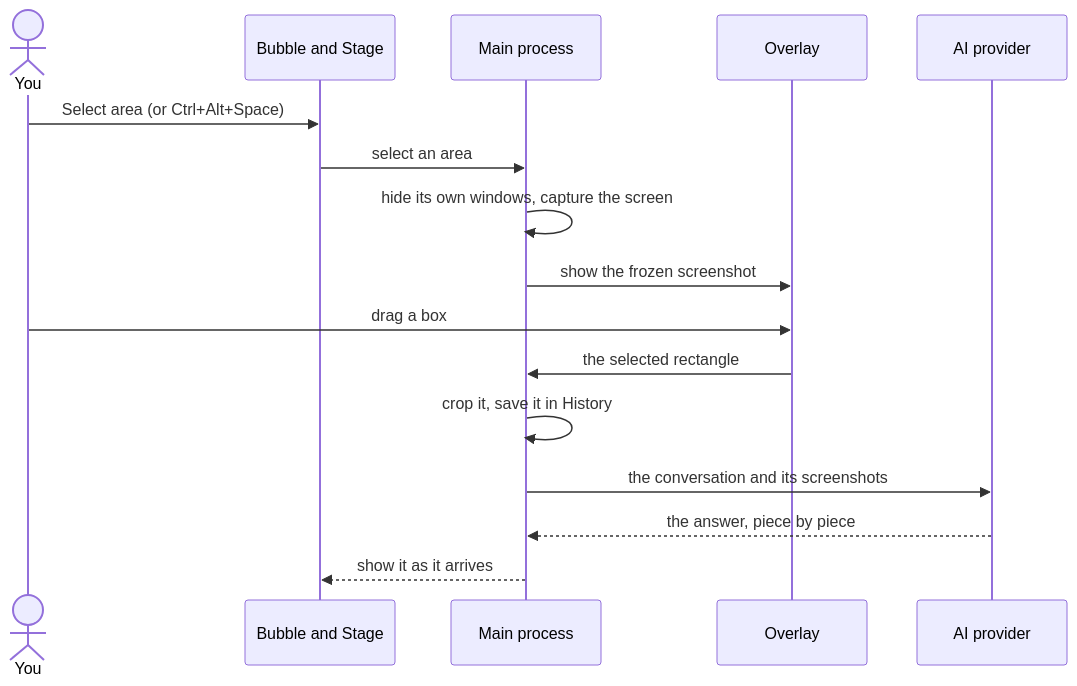
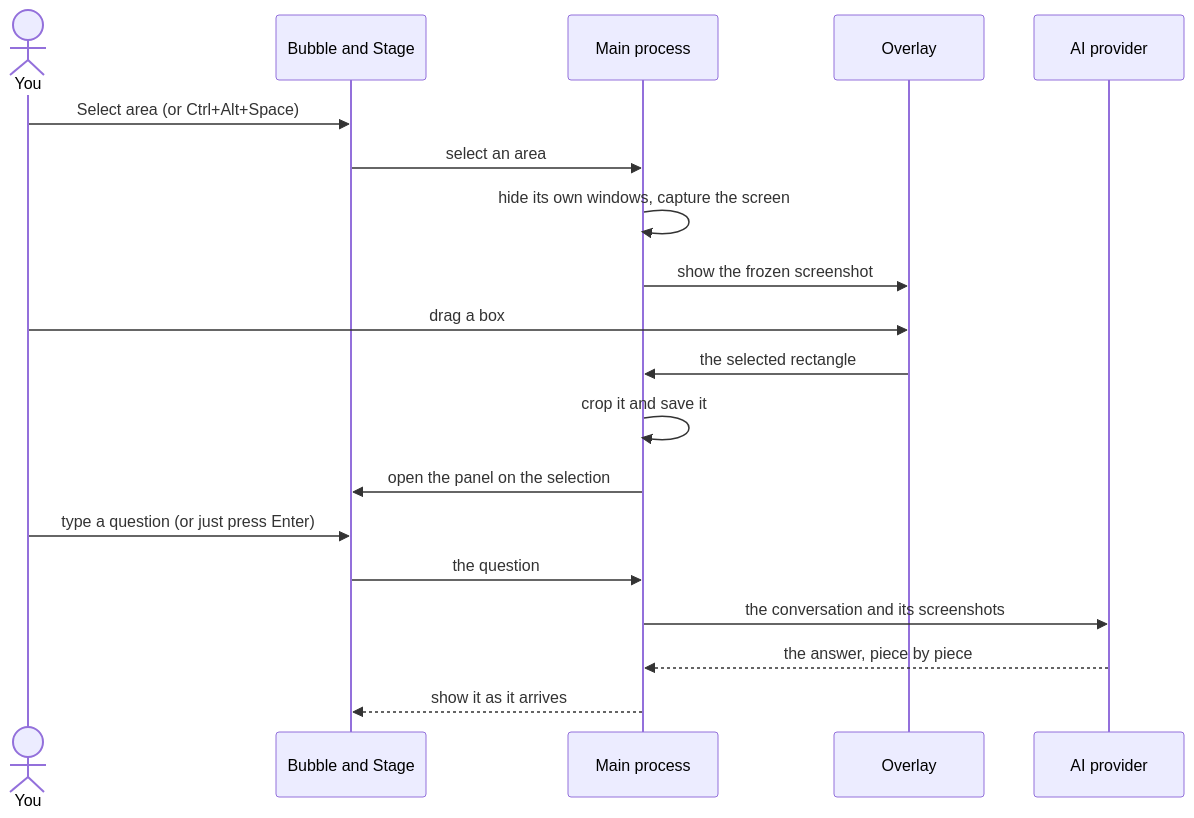
Before and after one commit to jerungpyro/ExScreenHelp: the diagram in README.md, drawn with Mermaid. The commit also changed other lines of this file and 12 other files, not shown here.

First line of the commit message:
feat: ask your own question about a new selection

````diff
--- a/README.md
+++ b/README.md
@@ -84,18 +84,21 @@
 ```mermaid
 sequenceDiagram
     actor You
     participant Stage as Bubble and Stage
     participant Main as Main process
     participant Overlay
     participant AI as AI provider
     You->>Stage: Select area (or Ctrl+Alt+Space)
     Stage->>Main: select an area
     Main->>Main: hide its own windows, capture the screen
     Main->>Overlay: show the frozen screenshot
     You->>Overlay: drag a box
     Overlay->>Main: the selected rectangle
-    Main->>Main: crop it, save it in History
+    Main->>Main: crop it and save it
+    Main->>Stage: open the panel on the selection
+    You->>Stage: type a question (or just press Enter)
+    Stage->>Main: the question
     Main->>AI: the conversation and its screenshots
     AI-->>Main: the answer, piece by piece
     Main-->>Stage: show it as it arrives
 ```
````
